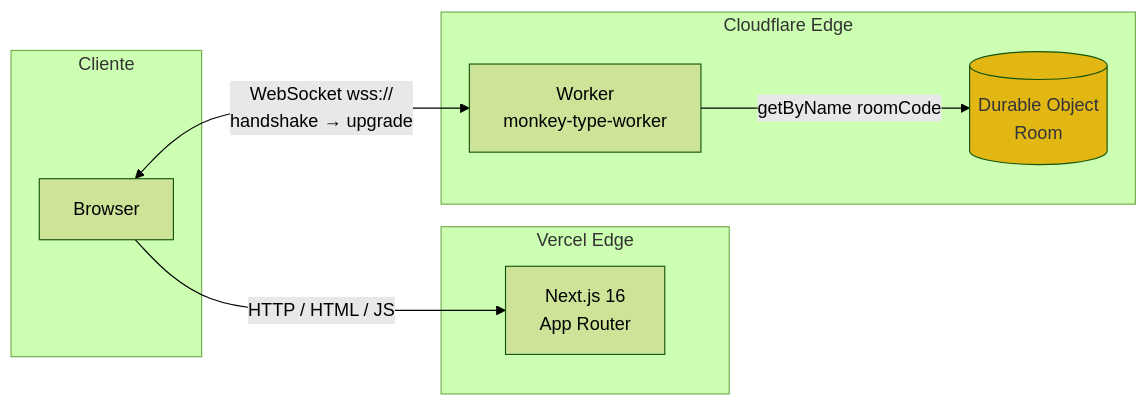
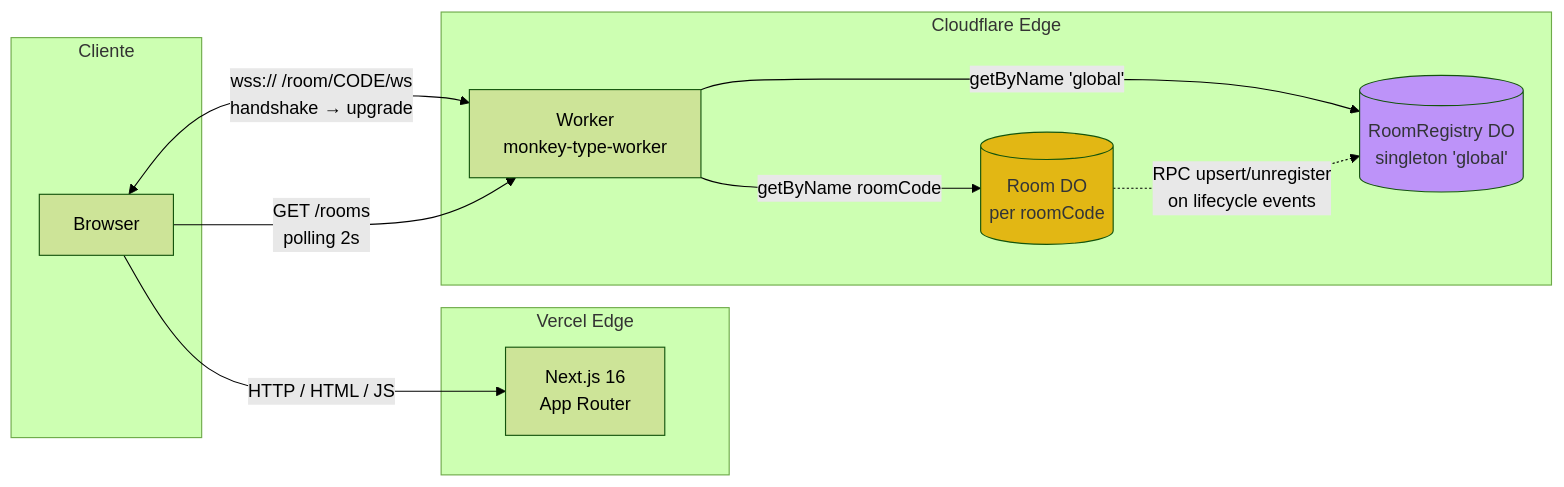
One commit to Jjat00/monkey-type-multiplayer changed the first of 2 diagrams in README.md. Above: the diagram before and after it, drawn with Mermaid (forest theme). The commit also changed other lines of this file and 1 other file, not shown here.

````diff
--- a/README.md
+++ b/README.md
@@ -49,21 +63,26 @@
 ```mermaid
 graph LR
     subgraph "Cliente"
         A[Browser]
     end
 
     subgraph "Vercel Edge"
         B[Next.js 16<br/>App Router]
     end
 
     subgraph "Cloudflare Edge"
         C[Worker<br/>monkey-type-worker]
-        D[(Durable Object<br/>Room)]
+        D[(Room DO<br/>per roomCode)]
+        E[(RoomRegistry DO<br/>singleton 'global')]
     end
 
     A -->|HTTP / HTML / JS| B
-    A <-->|WebSocket wss://<br/>handshake → upgrade| C
+    A <-->|wss:// /room/CODE/ws<br/>handshake → upgrade| C
+    A -->|GET /rooms<br/>polling 2s| C
     C -->|getByName roomCode| D
+    C -->|getByName 'global'| E
+    D -.->|RPC upsert/unregister<br/>on lifecycle events| E
 
     style D fill:#e2b714,color:#323437
+    style E fill:#bd93f9,color:#323437
 ```
````
